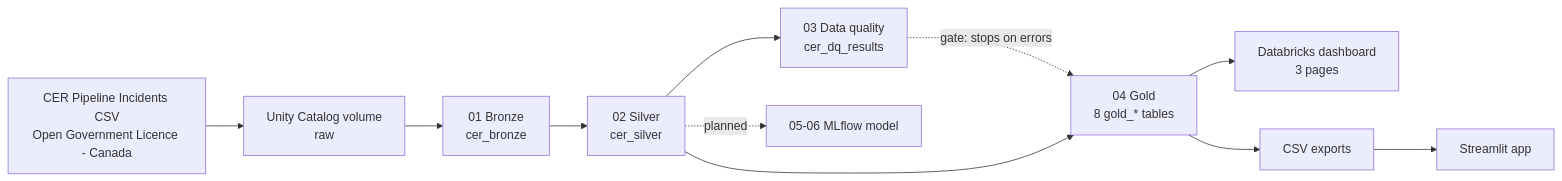
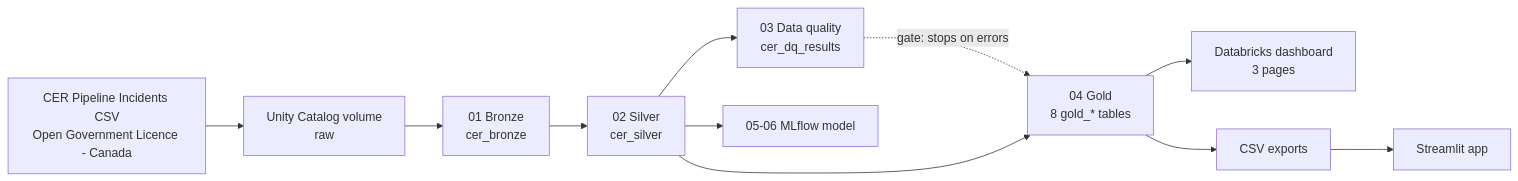
The diagram in module-13-databricks-medallion-mlflow/README.md (joneslokouba-ui/ai-engineering-portfolio), drawn with Mermaid before and after one commit. The commit also changed other lines of this file, not shown here.

Commit message:
Module 13: MLflow models, registry, scoring and README results

````diff
--- a/module-13-databricks-medallion-mlflow/README.md
+++ b/module-13-databricks-medallion-mlflow/README.md
@@ -20,13 +20,13 @@
 ```mermaid
 flowchart LR
     A["CER Pipeline Incidents CSV<br/>Open Government Licence - Canada"] --> B["Unity Catalog volume<br/>raw"]
     B --> C["01 Bronze<br/>cer_bronze"]
     C --> D["02 Silver<br/>cer_silver"]
     D --> E["03 Data quality<br/>cer_dq_results"]
     E -. "gate: stops on errors" .-> F
     D --> F["04 Gold<br/>8 gold_* tables"]
     F --> G["Databricks dashboard<br/>3 pages"]
     F --> H["CSV exports"]
     H --> I["Streamlit app"]
-    D -. planned .-> J["05-06 MLflow model"]
+    D --> J["05-06 MLflow model"]
 ```
````
